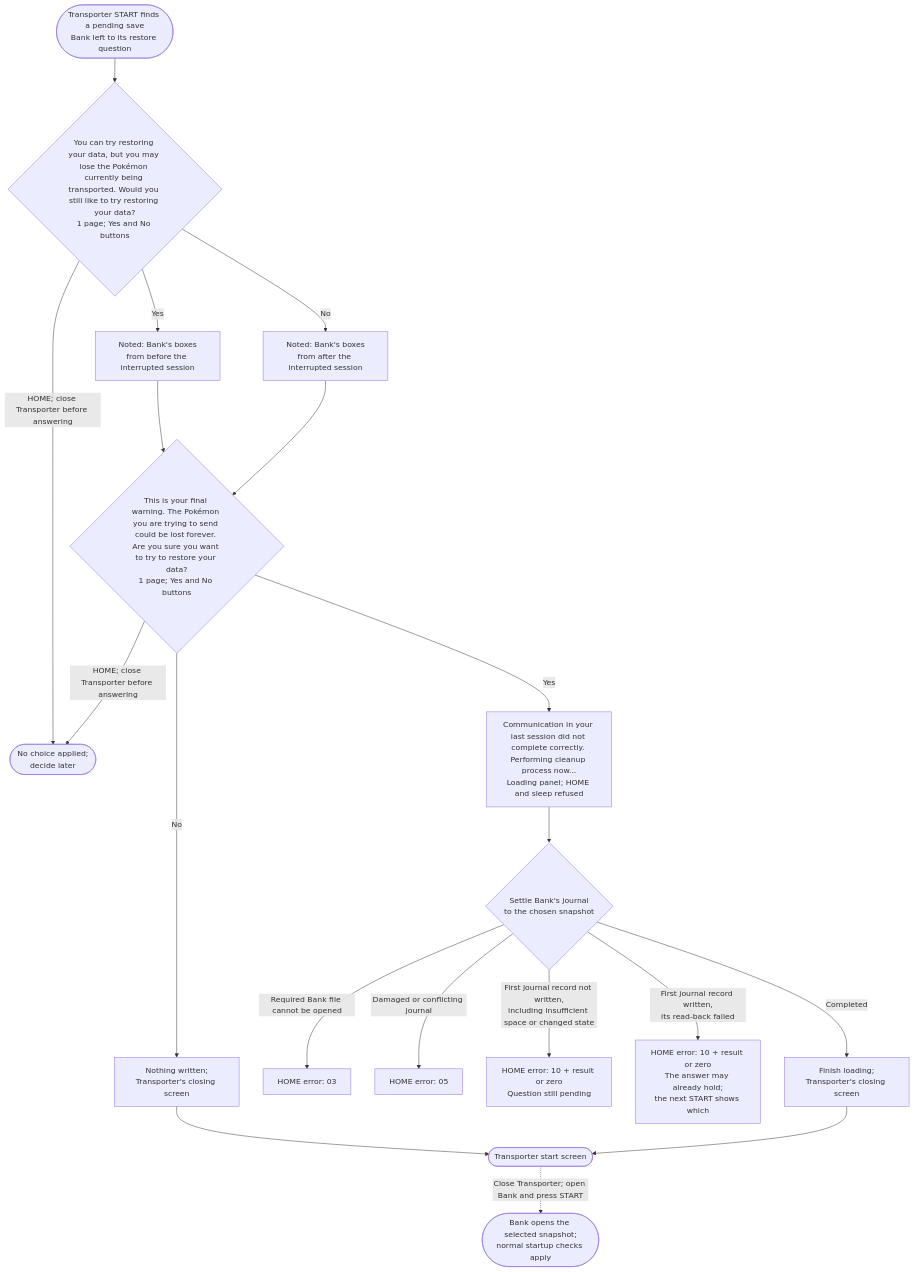
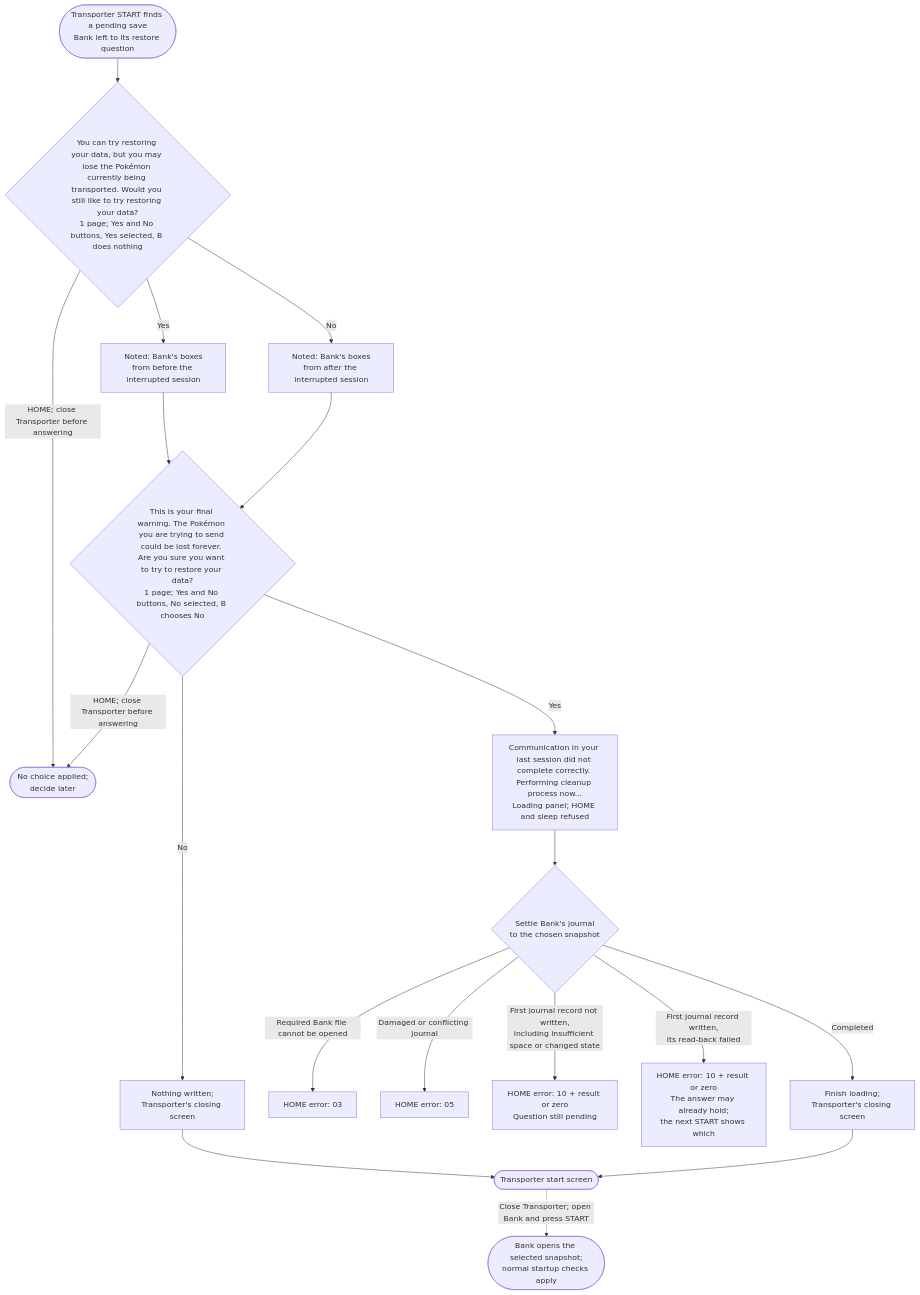
Before and after one commit to devEnju/offline_bank: the fifth of 7 diagrams in docs/errors.md, drawn with Mermaid. The commit also changed 9 other files, not shown here.

Commit message:
transporter's first restore question comes up with yes selected and b does nothing on it, while the final warning keeps the original's no and b

````diff
--- a/docs/errors.md
+++ b/docs/errors.md
@@ -283,21 +283,21 @@
 ```mermaid
 flowchart TD
-    START(["Transporter START finds a pending save<br/>Bank left to its restore question"]) --> QUESTION{"You can try restoring your data, but you may lose the Pokémon currently being transported. Would you still like to try restoring your data?<br/>1 page; Yes and No buttons"}
+    START(["Transporter START finds a pending save<br/>Bank left to its restore question"]) --> QUESTION{"You can try restoring your data, but you may lose the Pokémon currently being transported. Would you still like to try restoring your data?<br/>1 page; Yes and No buttons, Yes selected, B does nothing"}
     QUESTION -->|"HOME; close Transporter before answering"| LATER(["No choice applied;<br/>decide later"])
     QUESTION -->|"Yes"| BEFORE["Noted: Bank's boxes<br/>from before the interrupted session"]
     QUESTION -->|"No"| AFTER["Noted: Bank's boxes<br/>from after the interrupted session"]
-    BEFORE --> FINAL{"This is your final warning. The Pokémon you are trying to send could be lost forever. Are you sure you want to try to restore your data?<br/>1 page; Yes and No buttons"}
+    BEFORE --> FINAL{"This is your final warning. The Pokémon you are trying to send could be lost forever. Are you sure you want to try to restore your data?<br/>1 page; Yes and No buttons, No selected, B chooses No"}
     AFTER --> FINAL
     FINAL -->|"HOME; close Transporter before answering"| LATER
     FINAL -->|"No"| DECLINED["Nothing written;<br/>Transporter's closing screen"]
     DECLINED --> TITLE
     FINAL -->|"Yes"| PANEL["Communication in your last session did not complete correctly. Performing cleanup process now...<br/>Loading panel; HOME and sleep refused"]
     PANEL --> SETTLE{"Settle Bank's journal<br/>to the chosen snapshot"}
     SETTLE -->|"Required Bank file cannot be opened"| F3["HOME error: 03"]
     SETTLE -->|"Damaged or conflicting journal"| F5["HOME error: 05"]
     SETTLE -->|"First journal record not written,<br/>including insufficient space or changed state"| F10["HOME error: 10 + result or zero<br/>Question still pending"]
     SETTLE -->|"First journal record written,<br/>its read-back failed"| F10U["HOME error: 10 + result or zero<br/>The answer may already hold;<br/>the next START shows which"]
     SETTLE -->|"Completed"| CLOSE["Finish loading;<br/>Transporter's closing screen"]
     CLOSE --> TITLE(["Transporter start screen"])
     TITLE -.->|"Close Transporter; open Bank and press START"| BANK(["Bank opens the selected snapshot;<br/>normal startup checks apply"])
 ```
````
